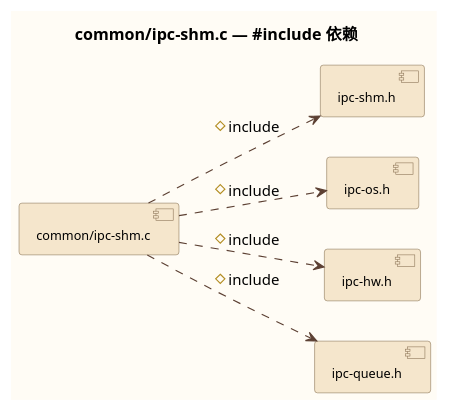
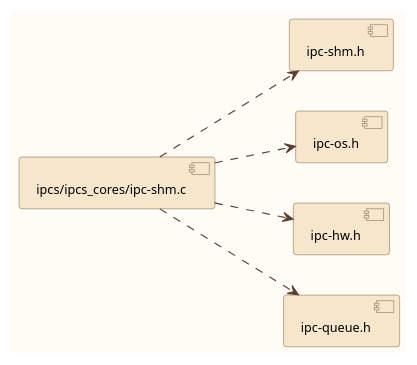
The diagram in c1_sdd_linux-ipcs/cursor_tmp/files_32_umls/3_2_4.puml (Mastang1/sad_sdd_proj), drawn with PlantUML before and after one commit. The commit also changed 232 other files, not shown here.

```diff
--- a/c1_sdd_linux-ipcs/cursor_tmp/files_32_umls/3_2_4.puml
+++ b/c1_sdd_linux-ipcs/cursor_tmp/files_32_umls/3_2_4.puml
@@ -1,28 +1,27 @@
 @startuml
 skinparam backgroundColor #FFFCF5
 skinparam component {
   BackgroundColor #F5E6CC
   BorderColor #8B7355
   FontSize 11
 }
 skinparam package {
   BackgroundColor #FAF0E0
   BorderColor #A08060
 }
 skinparam arrowColor #5C4033
 skinparam note {
   BackgroundColor #FFF8E8
   BorderColor #B89968
 }
 left to right direction
-title common/ipc-shm.c — #include 依赖
-component [common/ipc-shm.c] as SRC
+component [ipcs/ipcs_cores/ipc-shm.c] as SRC
 component [ipc-shm.h] as H0
 component [ipc-os.h] as H1
 component [ipc-hw.h] as H2
 component [ipc-queue.h] as H3
-SRC ..> H0 : #include
-SRC ..> H1 : #include
-SRC ..> H2 : #include
-SRC ..> H3 : #include
+SRC ..> H0
+SRC ..> H1
+SRC ..> H2
+SRC ..> H3
 @enduml
```
